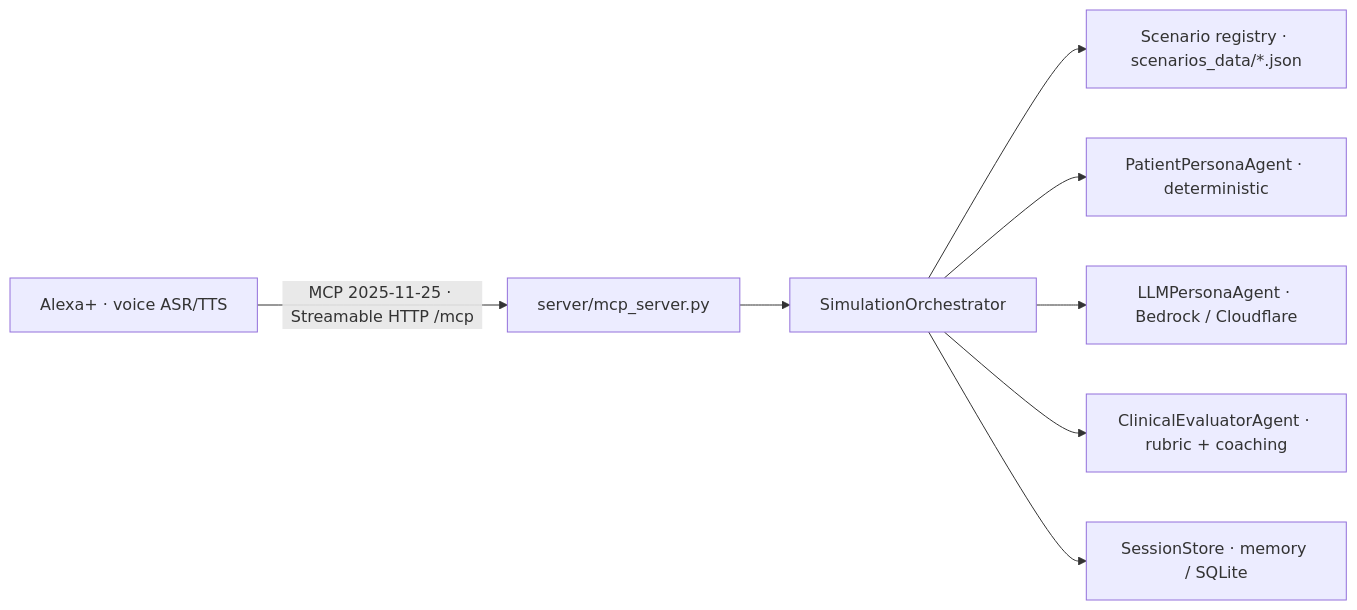
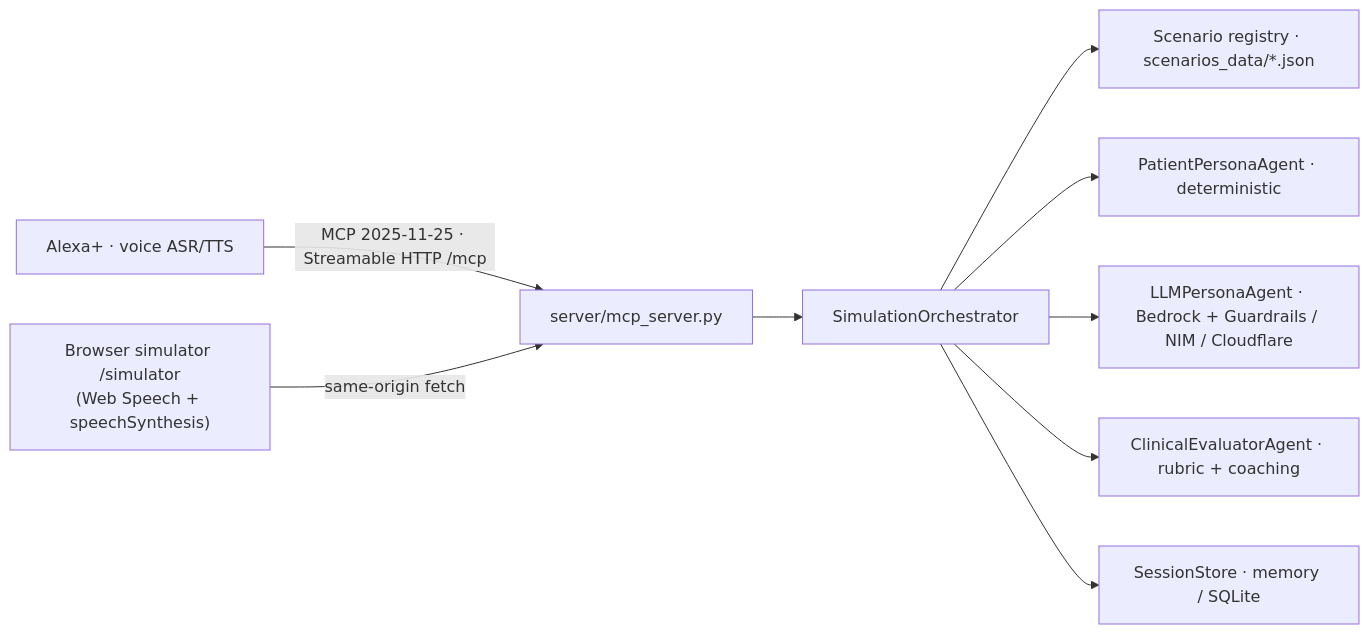
The diagram in README.md (daggerstuff/alexa-submit), drawn with Mermaid before and after one commit. The commit also changed other lines of this file and 8 other files, not shown here.

````diff
--- a/README.md
+++ b/README.md
@@ -25,10 +26,11 @@
 ```mermaid
 flowchart LR
     A["Alexa+ · voice ASR/TTS"] -->|"MCP 2025-11-25 · Streamable HTTP /mcp"| M["server/mcp_server.py"]
+    B["Browser simulator /simulator<br/>(Web Speech + speechSynthesis)"] -->|"same-origin fetch"| M
     M --> O["SimulationOrchestrator"]
     O --> S["Scenario registry · scenarios_data/*.json"]
     O --> P["PatientPersonaAgent · deterministic"]
-    O --> L["LLMPersonaAgent · Bedrock / Cloudflare"]
+    O --> L["LLMPersonaAgent · Bedrock + Guardrails / NIM / Cloudflare"]
     O --> E["ClinicalEvaluatorAgent · rubric + coaching"]
     O --> D["SessionStore · memory / SQLite"]
 ```
````
